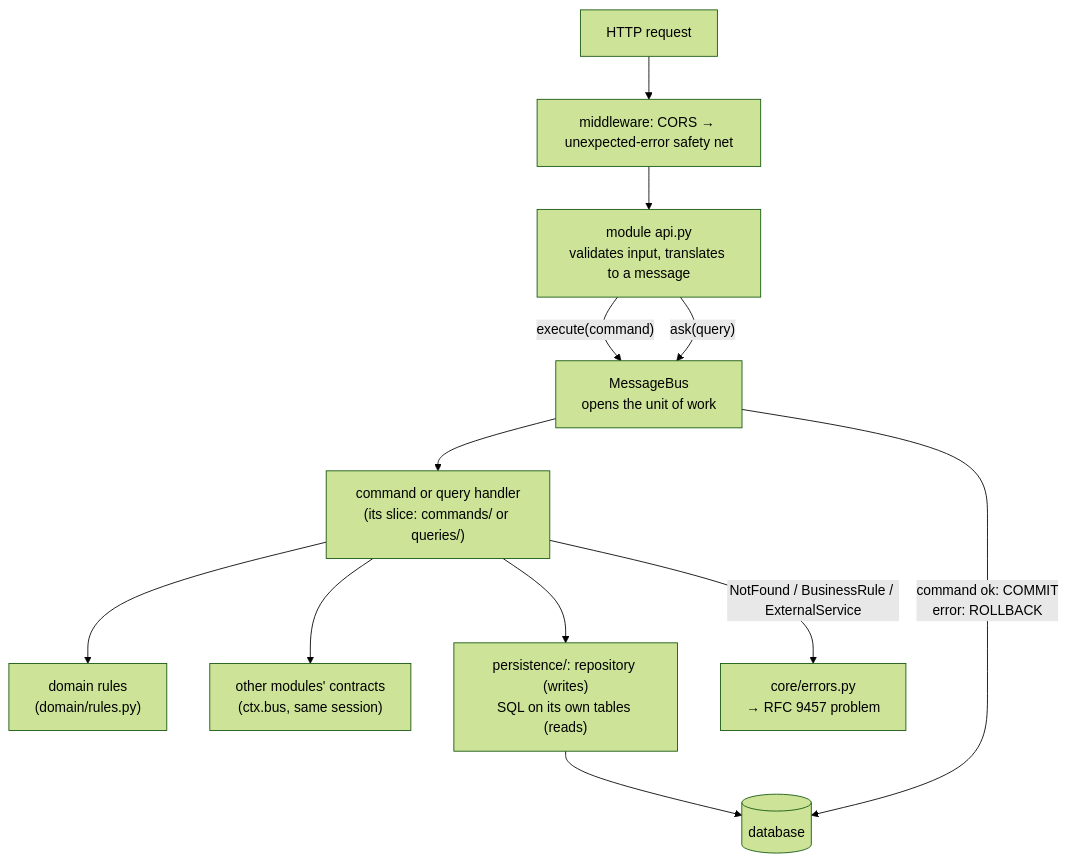
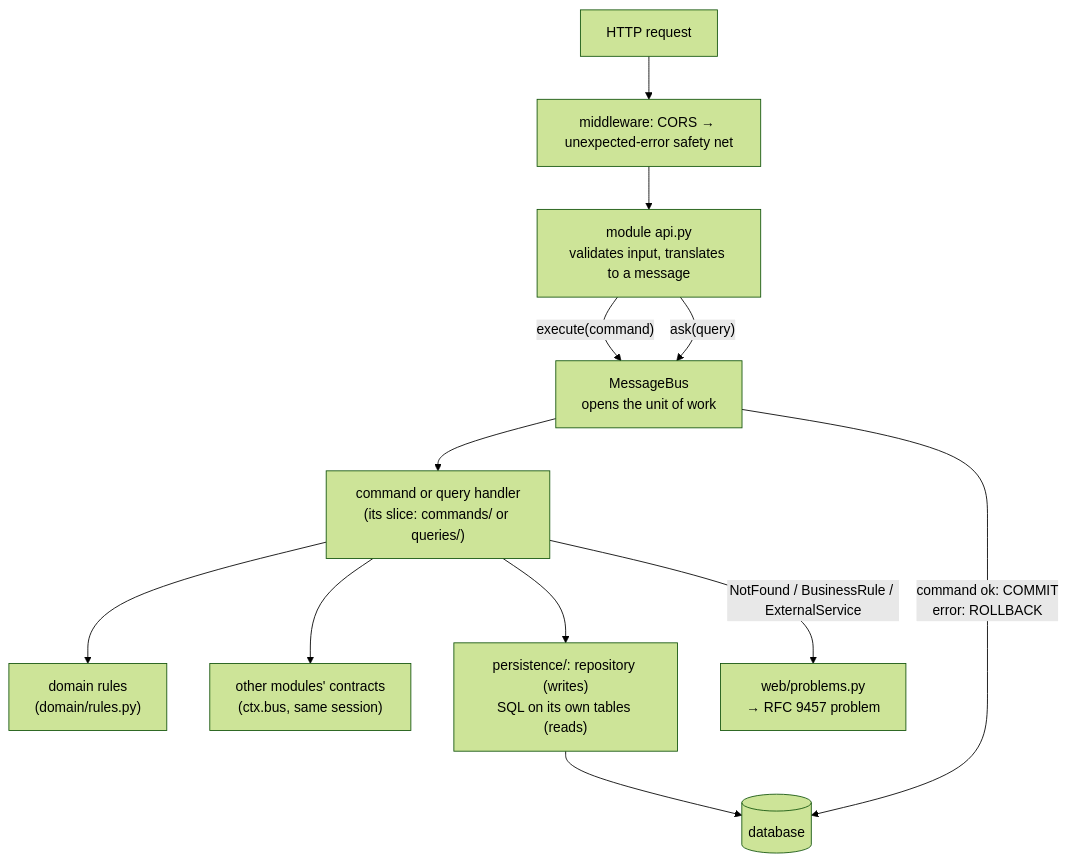
One commit to sanjeevgnrgy/spendwise changed the sixth of 6 diagrams in docs/how_spendwise_works.md. Above: the diagram before and after it, drawn with Mermaid (forest theme). The commit also changed 18 other files, not shown here.

First line of the commit message:
Move route dependencies and problem responses to web/

````diff
--- a/docs/how_spendwise_works.md
+++ b/docs/how_spendwise_works.md
@@ -127,14 +127,14 @@
 ```mermaid
 flowchart TD
     HTTP["HTTP request"] --> MW["middleware: CORS → unexpected-error safety net"]
     MW --> ROUTE["module api.py<br/>validates input, translates to a message"]
     ROUTE -->|"execute(command)"| BUS["MessageBus<br/>opens the unit of work"]
     ROUTE -->|"ask(query)"| BUS
     BUS --> HANDLER["command or query handler<br/>(its slice: commands/ or queries/)"]
     HANDLER --> DOMAIN["domain rules<br/>(domain/rules.py)"]
     HANDLER --> OTHER["other modules' contracts<br/>(ctx.bus, same session)"]
     HANDLER --> REPO["persistence/: repository (writes)<br/>SQL on its own tables (reads)"]
     REPO --> DB[("database")]
     BUS -->|"command ok: COMMIT<br/>error: ROLLBACK"| DB
-    HANDLER -->|"NotFound / BusinessRule / ExternalService"| ERR["core/errors.py<br/>→ RFC 9457 problem"]
+    HANDLER -->|"NotFound / BusinessRule / ExternalService"| ERR["web/problems.py<br/>→ RFC 9457 problem"]
 ```
````
